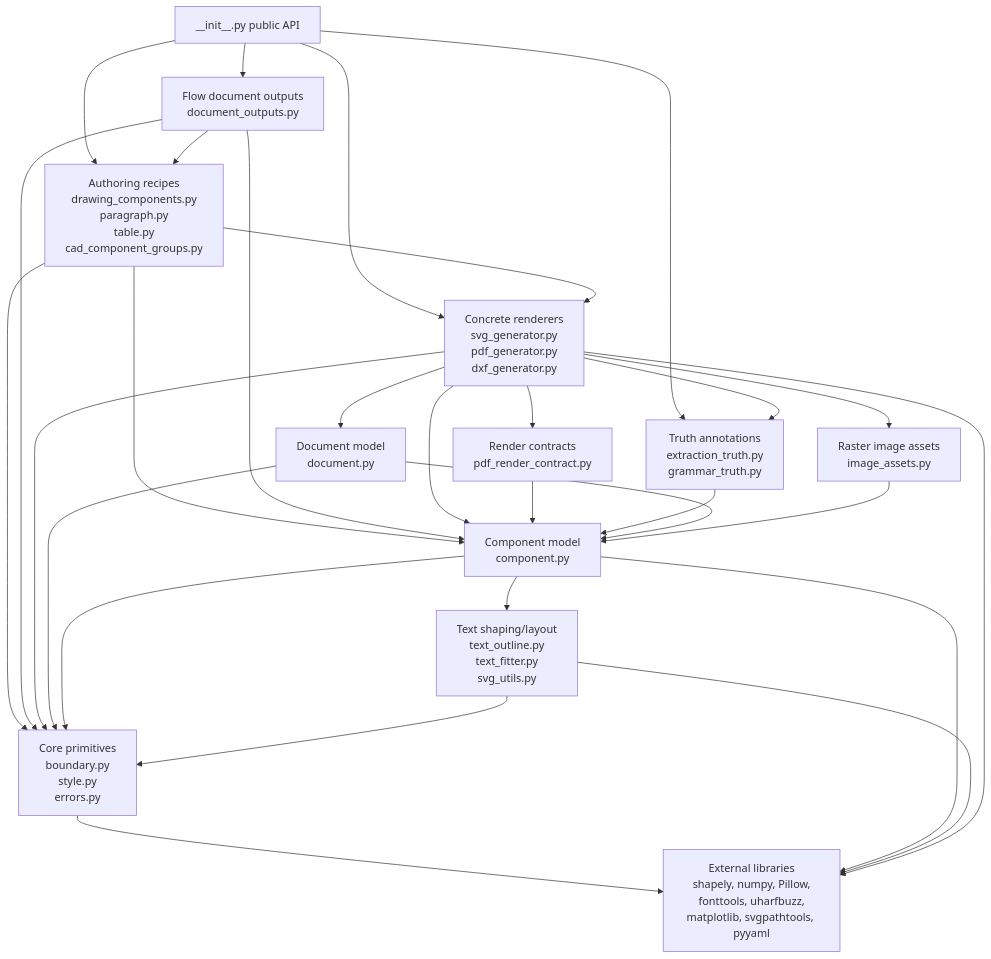
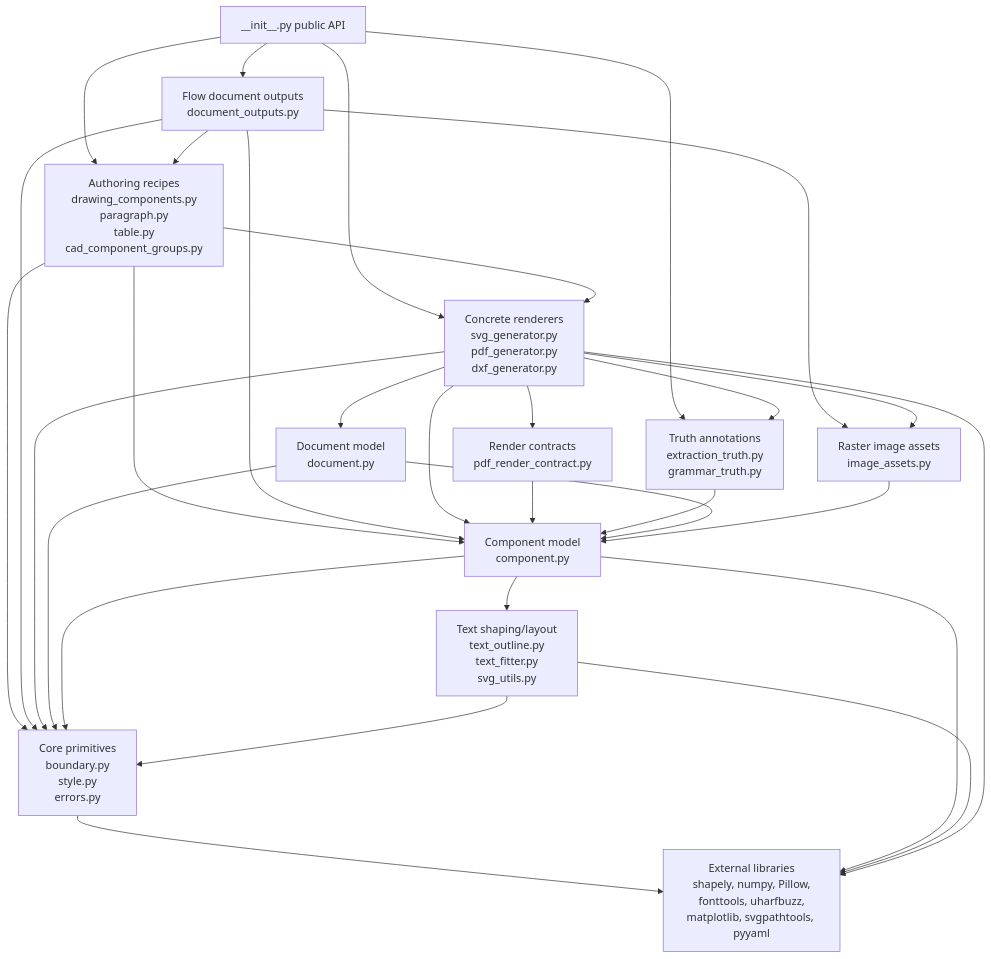
The diagram in docs/dependency-map.md (cmill32405/InkGen), drawn with Mermaid before and after one commit. The commit also changed other lines of this file and 10 other files, not shown here.

````diff
--- a/docs/dependency-map.md
+++ b/docs/dependency-map.md
@@ -13,44 +13,45 @@
 ```mermaid
 flowchart TD
     PublicAPI["__init__.py public API"]
     Authoring["Authoring recipes\ndrawing_components.py\nparagraph.py\ntable.py\ncad_component_groups.py"]
     FlowDocs["Flow document outputs\ndocument_outputs.py"]
     Renderers["Concrete renderers\nsvg_generator.py\npdf_generator.py\ndxf_generator.py"]
     RenderContracts["Render contracts\npdf_render_contract.py"]
     Truth["Truth annotations\nextraction_truth.py\ngrammar_truth.py"]
     Model["Document model\ndocument.py"]
     Images["Raster image assets\nimage_assets.py"]
     Components["Component model\ncomponent.py"]
     Core["Core primitives\nboundary.py\nstyle.py\nerrors.py"]
     Text["Text shaping/layout\ntext_outline.py\ntext_fitter.py\nsvg_utils.py"]
     External["External libraries\nshapely, numpy, Pillow,\nfonttools, uharfbuzz,\nmatplotlib, svgpathtools, pyyaml"]
 
     PublicAPI --> Authoring
     PublicAPI --> Renderers
     PublicAPI --> FlowDocs
     PublicAPI --> Truth
     Authoring --> Components
     Authoring --> Core
     Authoring --> Renderers
     FlowDocs --> Authoring
     FlowDocs --> Components
     FlowDocs --> Core
+    FlowDocs --> Images
     Renderers --> Model
     Renderers --> Components
     Renderers --> Core
     Renderers --> Truth
     Renderers --> RenderContracts
     Renderers --> Images
     RenderContracts --> Components
     Truth --> Components
     Model --> Components
     Model --> Core
     Images --> Components
     Components --> Core
     Components --> Text
     Text --> Core
     Core --> External
     Components --> External
     Text --> External
     Renderers --> External
 ```
````
